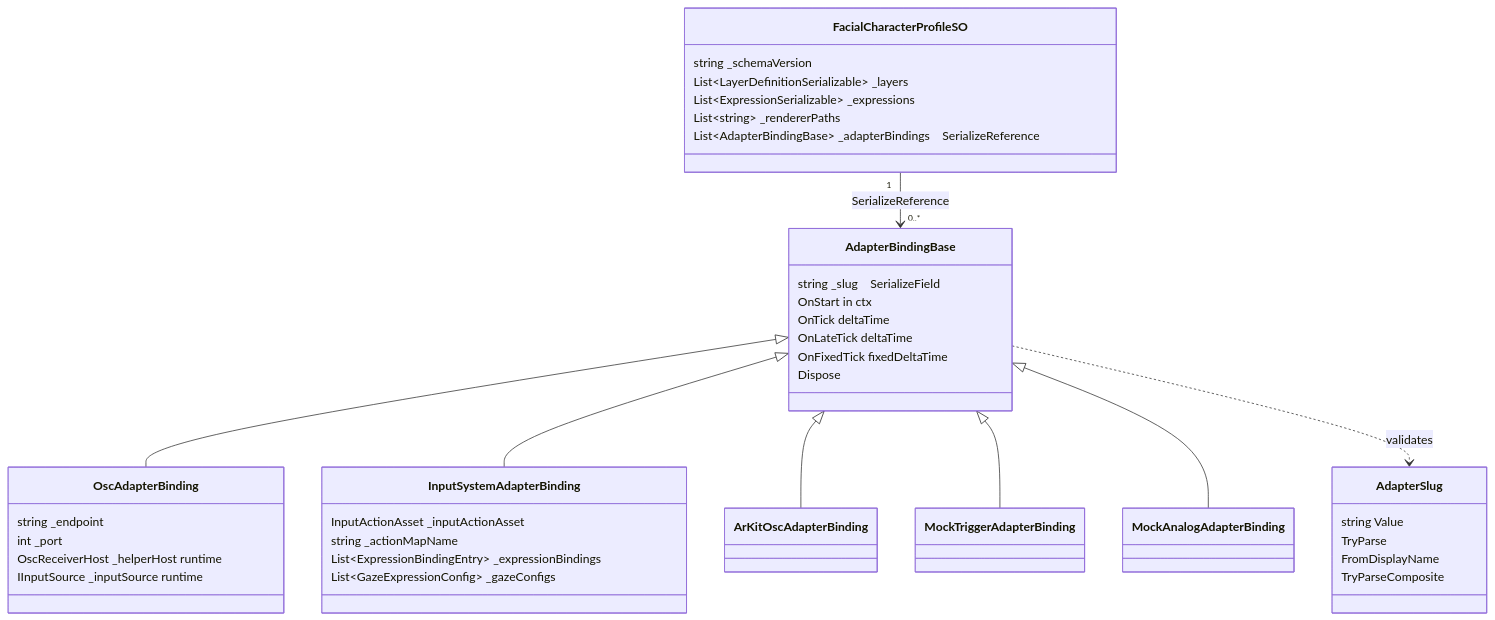
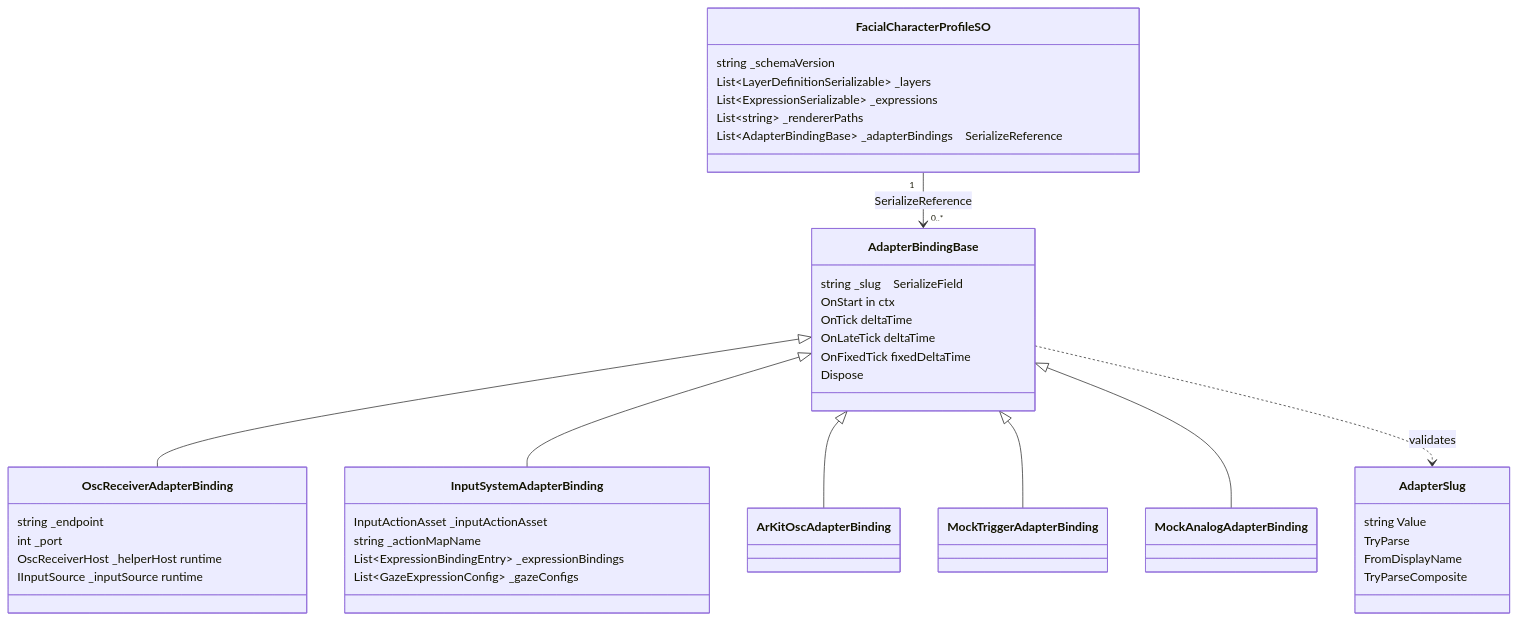
Before and after one commit to UNVGI/UnvgiFacialControl: the fourth of 5 diagrams in .kiro/specs/adapter-binding-architecture/design.md, drawn with Mermaid. The commit also changed other lines of this file and 71 other files, not shown here.

````diff
--- a/.kiro/specs/adapter-binding-architecture/design.md
+++ b/.kiro/specs/adapter-binding-architecture/design.md
@@ -1109,47 +1109,47 @@
 ```mermaid
 classDiagram
     class FacialCharacterProfileSO {
         string _schemaVersion
         List~LayerDefinitionSerializable~ _layers
         List~ExpressionSerializable~ _expressions
         List~string~ _rendererPaths
         List~AdapterBindingBase~ _adapterBindings  &nbsp;&nbsp; SerializeReference
     }
     class AdapterBindingBase {
         string _slug  &nbsp;&nbsp; SerializeField
         OnStart in ctx
         OnTick deltaTime
         OnLateTick deltaTime
         OnFixedTick fixedDeltaTime
         Dispose
     }
-    class OscAdapterBinding {
+    class OscReceiverAdapterBinding {
         string _endpoint
         int _port
         OscReceiverHost _helperHost runtime
         IInputSource _inputSource runtime
     }
     class InputSystemAdapterBinding {
         InputActionAsset _inputActionAsset
         string _actionMapName
         List~ExpressionBindingEntry~ _expressionBindings
         List~GazeExpressionConfig~ _gazeConfigs
     }
     class ArKitOscAdapterBinding
     class MockTriggerAdapterBinding
     class MockAnalogAdapterBinding
     class AdapterSlug {
         string Value
         TryParse
         FromDisplayName
         TryParseComposite
     }
 
     FacialCharacterProfileSO "1" --> "0..*" AdapterBindingBase : SerializeReference
-    AdapterBindingBase <|-- OscAdapterBinding
+    AdapterBindingBase <|-- OscReceiverAdapterBinding
     AdapterBindingBase <|-- InputSystemAdapterBinding
     AdapterBindingBase <|-- ArKitOscAdapterBinding
     AdapterBindingBase <|-- MockTriggerAdapterBinding
     AdapterBindingBase <|-- MockAnalogAdapterBinding
     AdapterBindingBase ..> AdapterSlug : validates
 ```
````
